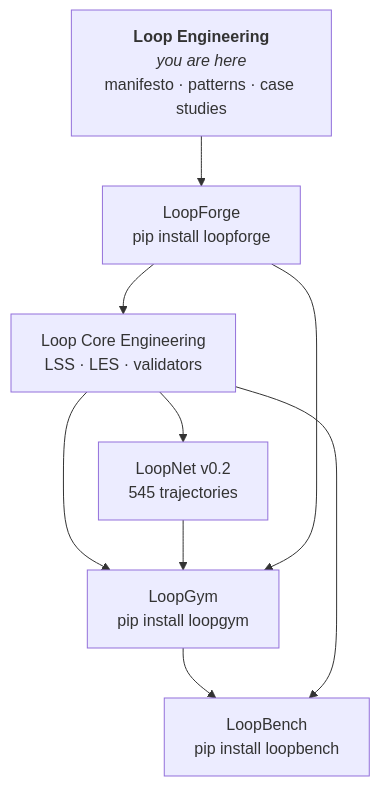
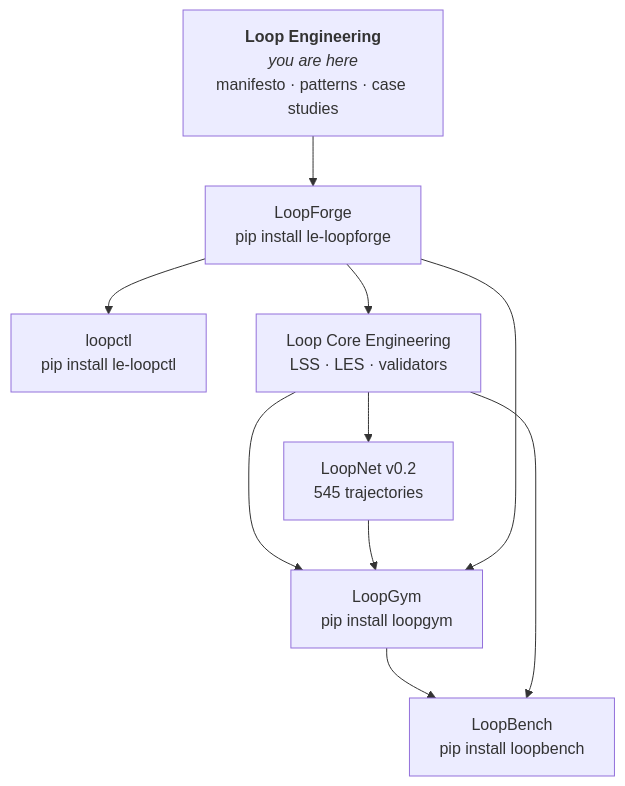
One commit to KanakMalpani/Loop-Engineering changed the diagram in README.md. Above: the diagram before and after it, drawn with Mermaid. The commit also changed other lines of this file and 27 other files, not shown here.

````diff
--- a/README.md
+++ b/README.md
@@ -58,18 +58,20 @@
 ```mermaid
 flowchart TB
   DOCS["<b>Loop Engineering</b><br/><i>you are here</i><br/>manifesto · patterns · case studies"]
-  FORGE["LoopForge<br/>pip install loopforge"]
+  FORGE["LoopForge<br/>pip install le-loopforge"]
+  CTL["loopctl<br/>pip install le-loopctl"]
   CORE["Loop Core Engineering<br/>LSS · LES · validators"]
   NET["LoopNet v0.2<br/>545 trajectories"]
   GYM["LoopGym<br/>pip install loopgym"]
   BENCH["LoopBench<br/>pip install loopbench"]
 
   DOCS --> FORGE
+  FORGE --> CTL
   FORGE --> CORE
   CORE --> NET
   CORE --> GYM
   NET --> GYM
   GYM --> BENCH
   CORE --> BENCH
   FORGE --> GYM
 ```
````
